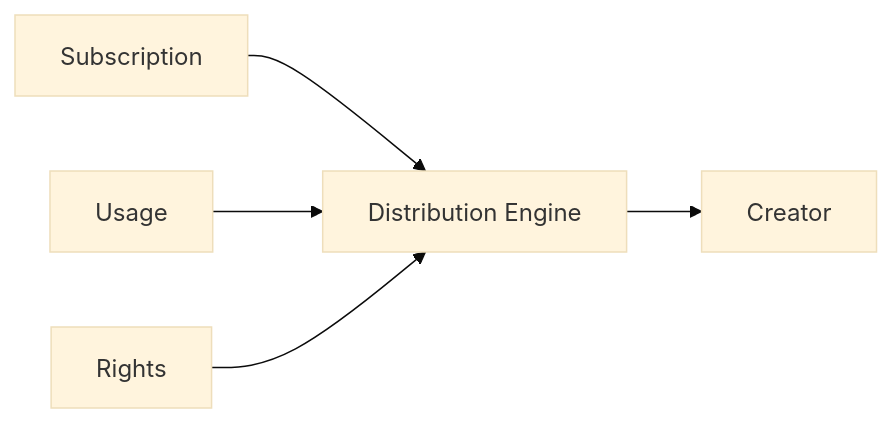
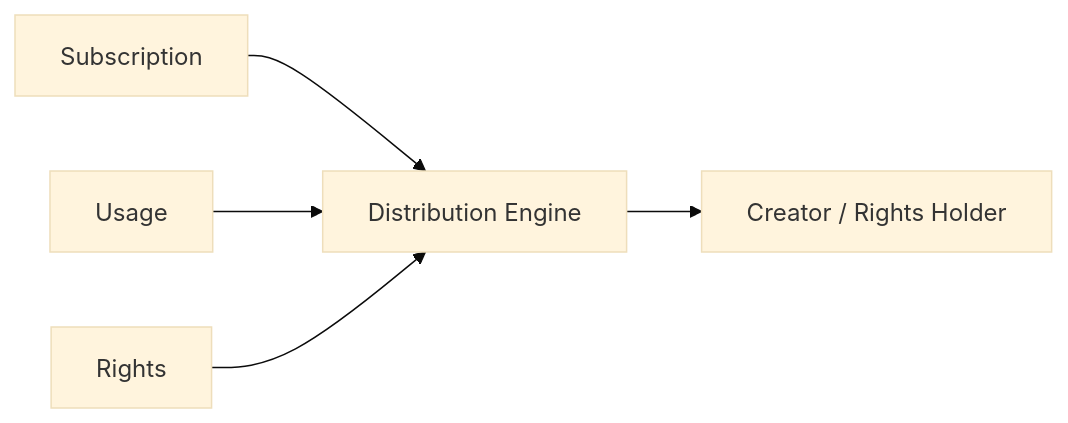
Before and after one commit to ShigeichiroYamasaki/creator-first-platform: diagram 11 of 46 in docs/whitepaper/13-roadmap.md, drawn with Mermaid (base theme). The commit also changed other lines of this file, not shown here.

````diff
--- a/docs/whitepaper/13-roadmap.md
+++ b/docs/whitepaper/13-roadmap.md
@@ -378,13 +373,13 @@
 ```mermaid
 flowchart LR
     SUB[Subscription]
     USAGE[Usage]
     RIGHTS[Rights]
     ECON[Distribution Engine]
-    CREATOR[Creator]
+    CREATOR[Creator / Rights Holder]
 
     SUB --> ECON
     USAGE --> ECON
     RIGHTS --> ECON
     ECON --> CREATOR
 ```
````
